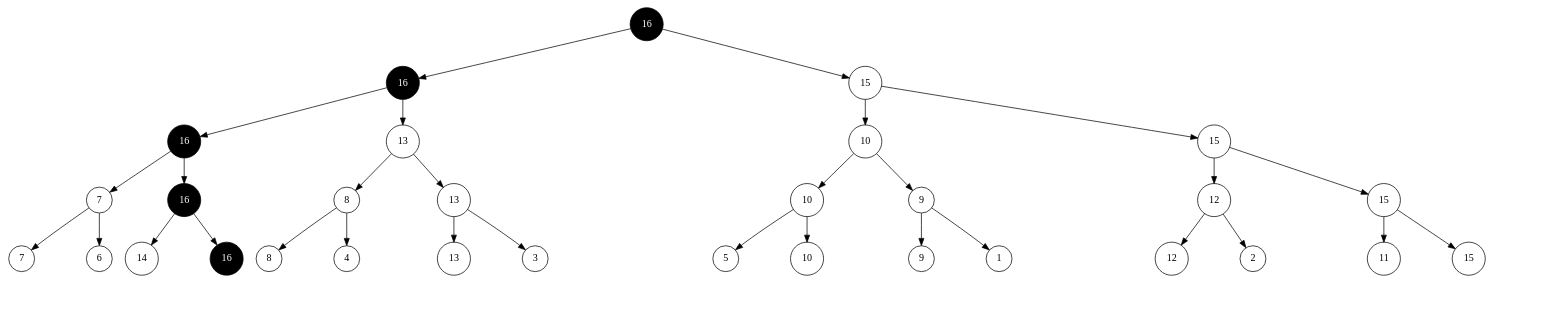
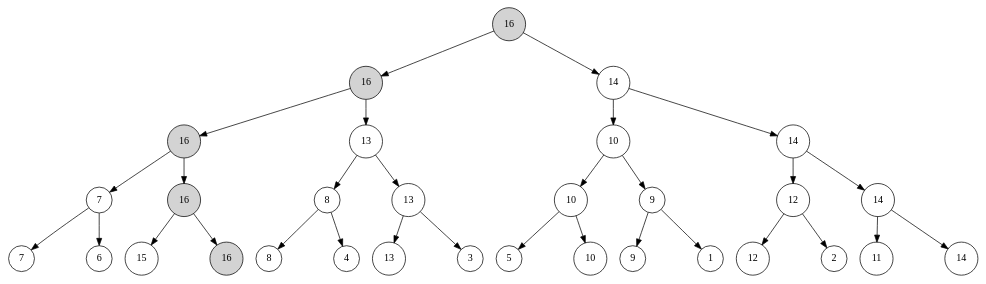
One commit to liuxinyu95/AlgoXY changed the diagram in sorting/select-sort/img/tournament-tree-1.dot. Above: the diagram before and after it, drawn with Graphviz. The commit also changed 4 other files, not shown here.

```diff
--- a/sorting/select-sort/img/tournament-tree-1.dot
+++ b/sorting/select-sort/img/tournament-tree-1.dot
@@ -1,227 +1,109 @@
 digraph G{
 	node[shape=circle]
-	a16_0[label="16", style=filled, fillcolor=black, fontcolor=white];
-	a16_1[label="16", style=filled, fillcolor=black, fontcolor=white];
-	a16_2[label="16", style=filled, fillcolor=black, fontcolor=white];
-	a7_3[label="7", style=filled, fillcolor=white, fontcolor=black];
-	a7_4[label="7", style=filled, fillcolor=white, fontcolor=black];
-        /*
-	nila7_4l[label="", style=invis];
-	nila7_4r[label="", style=invis];
-	nila7_4m[label="", style=invis];
-	a7_4->nila7_4l[style=invis];
-	a7_4->nila7_4m[style=invis];
-	a7_4->nila7_4r[style=invis];
-	{rank=same nila7_4l->nila7_4m->nila7_4r[style=invis]}
-        */
-	a6_4[label="6", style=filled, fillcolor=white, fontcolor=black];
-        /*
-	nila6_4l[label="", style=invis];
-	nila6_4r[label="", style=invis];
-	nila6_4m[label="", style=invis];
-	a6_4->nila6_4l[style=invis];
-	a6_4->nila6_4m[style=invis];
-	a6_4->nila6_4r[style=invis];
-	{rank=same nila6_4l->nila6_4m->nila6_4r[style=invis]}
-        */
-	nila7_3m[label="", style=invis];
-	a7_3->a7_4
-	a7_3->nila7_3m[style=invis];
-	a7_3->a6_4
-	{rank=same a7_4->nila7_3m->a6_4[style=invis]}
-	a16_3[label="16", style=filled, fillcolor=black, fontcolor=white];
-	a14_4[label="14", style=filled, fillcolor=white, fontcolor=black];
-        /*
-	nila14_4l[label="", style=invis];
-	nila14_4r[label="", style=invis];
-	nila14_4m[label="", style=invis];
-	a14_4->nila14_4l[style=invis];
-	a14_4->nila14_4m[style=invis];
-	a14_4->nila14_4r[style=invis];
-	{rank=same nila14_4l->nila14_4m->nila14_4r[style=invis]}*/
-	a16_4[label="16", style=filled, fillcolor=black, fontcolor=white];
-        /*
-	nila16_4l[label="", style=invis];
-	nila16_4r[label="", style=invis];
-	nila16_4m[label="", style=invis];
-	a16_4->nila16_4l[style=invis];
-	a16_4->nila16_4m[style=invis];
-	a16_4->nila16_4r[style=invis];
-	{rank=same nila16_4l->nila16_4m->nila16_4r[style=invis]}*/
-	nila16_3m[label="", style=invis];
-	a16_3->a14_4
-	a16_3->nila16_3m[style=invis];
-	a16_3->a16_4
-	{rank=same a14_4->nila16_3m->a16_4[style=invis]}
-	nila16_2m[label="", style=invis];
-	a16_2->a7_3
-	a16_2->nila16_2m[style=invis];
-	a16_2->a16_3
-	{rank=same a7_3->nila16_2m->a16_3[style=invis]}
-	a13_2[label="13", style=filled, fillcolor=white, fontcolor=black];
-	a8_3[label="8", style=filled, fillcolor=white, fontcolor=black];
-	a8_4[label="8", style=filled, fillcolor=white, fontcolor=black];
-	nila8_4l[label="", style=invis];
-	nila8_4r[label="", style=invis];
-	nila8_4m[label="", style=invis];
-	a8_4->nila8_4l[style=invis];
-	a8_4->nila8_4m[style=invis];
-	a8_4->nila8_4r[style=invis];
-	{rank=same nila8_4l->nila8_4m->nila8_4r[style=invis]}
-	a4_4[label="4", style=filled, fillcolor=white, fontcolor=black];
-	nila4_4l[label="", style=invis];
-	nila4_4r[label="", style=invis];
-	nila4_4m[label="", style=invis];
-	a4_4->nila4_4l[style=invis];
-	a4_4->nila4_4m[style=invis];
-	a4_4->nila4_4r[style=invis];
-	{rank=same nila4_4l->nila4_4m->nila4_4r[style=invis]}
-	nila8_3m[label="", style=invis];
-	a8_3->a8_4
-	a8_3->nila8_3m[style=invis];
-	a8_3->a4_4
-	{rank=same a8_4->nila8_3m->a4_4[style=invis]}
-	a13_3[label="13", style=filled, fillcolor=white, fontcolor=black];
-	a13_4[label="13", style=filled, fillcolor=white, fontcolor=black];
-	nila13_4l[label="", style=invis];
-	nila13_4r[label="", style=invis];
-	nila13_4m[label="", style=invis];
-	a13_4->nila13_4l[style=invis];
-	a13_4->nila13_4m[style=invis];
-	a13_4->nila13_4r[style=invis];
-	{rank=same nila13_4l->nila13_4m->nila13_4r[style=invis]}
-	a3_4[label="3", style=filled, fillcolor=white, fontcolor=black];
-	nila3_4l[label="", style=invis];
-	nila3_4r[label="", style=invis];
-	nila3_4m[label="", style=invis];
-	a3_4->nila3_4l[style=invis];
-	a3_4->nila3_4m[style=invis];
-	a3_4->nila3_4r[style=invis];
-	{rank=same nila3_4l->nila3_4m->nila3_4r[style=invis]}
-	nila13_3m[label="", style=invis];
-	a13_3->a13_4
-	a13_3->nila13_3m[style=invis];
-	a13_3->a3_4
-	{rank=same a13_4->nila13_3m->a3_4[style=invis]}
-	nila13_2m[label="", style=invis];
-	a13_2->a8_3
-	a13_2->nila13_2m[style=invis];
-	a13_2->a13_3
-	{rank=same a8_3->nila13_2m->a13_3[style=invis]}
-	nila16_1m[label="", style=invis];
-	a16_1->a16_2
-	a16_1->nila16_1m[style=invis];
-	a16_1->a13_2
-	{rank=same a16_2->nila16_1m->a13_2[style=invis]}
-	a15_1[label="15", style=filled, fillcolor=white, fontcolor=black];
-	a10_2[label="10", style=filled, fillcolor=white, fontcolor=black];
-	a10_3[label="10", style=filled, fillcolor=white, fontcolor=black];
-	a5_4[label="5", style=filled, fillcolor=white, fontcolor=black];
-	nila5_4l[label="", style=invis];
-	nila5_4r[label="", style=invis];
-	nila5_4m[label="", style=invis];
-	a5_4->nila5_4l[style=invis];
-	a5_4->nila5_4m[style=invis];
-	a5_4->nila5_4r[style=invis];
-	{rank=same nila5_4l->nila5_4m->nila5_4r[style=invis]}
-	a10_4[label="10", style=filled, fillcolor=white, fontcolor=black];
-	nila10_4l[label="", style=invis];
-	nila10_4r[label="", style=invis];
-	nila10_4m[label="", style=invis];
-	a10_4->nila10_4l[style=invis];
-	a10_4->nila10_4m[style=invis];
-	a10_4->nila10_4r[style=invis];
-	{rank=same nila10_4l->nila10_4m->nila10_4r[style=invis]}
-	nila10_3m[label="", style=invis];
-	a10_3->a5_4
-	a10_3->nila10_3m[style=invis];
-	a10_3->a10_4
-	{rank=same a5_4->nila10_3m->a10_4[style=invis]}
-	a9_3[label="9", style=filled, fillcolor=white, fontcolor=black];
-	a9_4[label="9", style=filled, fillcolor=white, fontcolor=black];
-	nila9_4l[label="", style=invis];
-	nila9_4r[label="", style=invis];
-	nila9_4m[label="", style=invis];
-	a9_4->nila9_4l[style=invis];
-	a9_4->nila9_4m[style=invis];
-	a9_4->nila9_4r[style=invis];
-	{rank=same nila9_4l->nila9_4m->nila9_4r[style=invis]}
-	a1_4[label="1", style=filled, fillcolor=white, fontcolor=black];
-	nila1_4l[label="", style=invis];
-	nila1_4r[label="", style=invis];
-	nila1_4m[label="", style=invis];
-	a1_4->nila1_4l[style=invis];
-	a1_4->nila1_4m[style=invis];
-	a1_4->nila1_4r[style=invis];
-	{rank=same nila1_4l->nila1_4m->nila1_4r[style=invis]}
-	nila9_3m[label="", style=invis];
-	a9_3->a9_4
-	a9_3->nila9_3m[style=invis];
-	a9_3->a1_4
-	{rank=same a9_4->nila9_3m->a1_4[style=invis]}
-	nila10_2m[label="", style=invis];
-	a10_2->a10_3
-	a10_2->nila10_2m[style=invis];
-	a10_2->a9_3
-	{rank=same a10_3->nila10_2m->a9_3[style=invis]}
-	a15_2[label="15", style=filled, fillcolor=white, fontcolor=black];
-	a12_3[label="12", style=filled, fillcolor=white, fontcolor=black];
-	a12_4[label="12", style=filled, fillcolor=white, fontcolor=black];
-	nila12_4l[label="", style=invis];
-	nila12_4r[label="", style=invis];
-	nila12_4m[label="", style=invis];
-	a12_4->nila12_4l[style=invis];
-	a12_4->nila12_4m[style=invis];
-	a12_4->nila12_4r[style=invis];
-	{rank=same nila12_4l->nila12_4m->nila12_4r[style=invis]}
-	a2_4[label="2", style=filled, fillcolor=white, fontcolor=black];
-	nila2_4l[label="", style=invis];
-	nila2_4r[label="", style=invis];
-	nila2_4m[label="", style=invis];
-	a2_4->nila2_4l[style=invis];
-	a2_4->nila2_4m[style=invis];
-	a2_4->nila2_4r[style=invis];
-	{rank=same nila2_4l->nila2_4m->nila2_4r[style=invis]}
-	nila12_3m[label="", style=invis];
-	a12_3->a12_4
-	a12_3->nila12_3m[style=invis];
-	a12_3->a2_4
-	{rank=same a12_4->nila12_3m->a2_4[style=invis]}
-	a15_3[label="15", style=filled, fillcolor=white, fontcolor=black];
-	a11_4[label="11", style=filled, fillcolor=white, fontcolor=black];
-	nila11_4l[label="", style=invis];
-	nila11_4r[label="", style=invis];
-	nila11_4m[label="", style=invis];
-	a11_4->nila11_4l[style=invis];
-	a11_4->nila11_4m[style=invis];
-	a11_4->nila11_4r[style=invis];
-	{rank=same nila11_4l->nila11_4m->nila11_4r[style=invis]}
-	a15_4[label="15", style=filled, fillcolor=white, fontcolor=black];
-	nila15_4l[label="", style=invis];
-	nila15_4r[label="", style=invis];
-	nila15_4m[label="", style=invis];
-	a15_4->nila15_4l[style=invis];
-	a15_4->nila15_4m[style=invis];
-	a15_4->nila15_4r[style=invis];
-	{rank=same nila15_4l->nila15_4m->nila15_4r[style=invis]}
-	nila15_3m[label="", style=invis];
-	a15_3->a11_4
-	a15_3->nila15_3m[style=invis];
-	a15_3->a15_4
-	{rank=same a11_4->nila15_3m->a15_4[style=invis]}
-	nila15_2m[label="", style=invis];
-	a15_2->a12_3
-	a15_2->nila15_2m[style=invis];
-	a15_2->a15_3
-	{rank=same a12_3->nila15_2m->a15_3[style=invis]}
-	nila15_1m[label="", style=invis];
-	a15_1->a10_2
-	a15_1->nila15_1m[style=invis];
-	a15_1->a15_2
-	{rank=same a10_2->nila15_1m->a15_2[style=invis]}
-	nila16_0m[label="", style=invis];
-	a16_0->a16_1
-	a16_0->nila16_0m[style=invis];
-	a16_0->a15_1
-	{rank=same a16_1->nila16_0m->a15_1[style=invis]}
+	a16[label="16", style=filled, fillcolor=lightgray, fontcolor=black];
+	al16[label="16", style=filled, fillcolor=lightgray, fontcolor=black];
+	all16[label="16", style=filled, fillcolor=lightgray, fontcolor=black];
+	alll7[label="7", style=filled, fillcolor=white, fontcolor=black];
+	allll7[label="7", style=filled, fillcolor=white, fontcolor=black];
+	alllr6[label="6", style=filled, fillcolor=white, fontcolor=black];
+	nilalllm7[label="", style=invis];
+	alll7->allll7
+	alll7->nilalllm7[style=invis];
+	alll7->alllr6
+	{rank=same allll7->nilalllm7->alllr6[style=invis]}
+	allr16[label="16", style=filled, fillcolor=lightgray, fontcolor=black];
+	allrl15[label="15", style=filled, fillcolor=white, fontcolor=black];
+	allrr16[label="16", style=filled, fillcolor=lightgray, fontcolor=black];
+	nilallrm16[label="", style=invis];
+	allr16->allrl15
+	allr16->nilallrm16[style=invis];
+	allr16->allrr16
+	{rank=same allrl15->nilallrm16->allrr16[style=invis]}
+	nilallm16[label="", style=invis];
+	all16->alll7
+	all16->nilallm16[style=invis];
+	all16->allr16
+	{rank=same alll7->nilallm16->allr16[style=invis]}
+	alr13[label="13", style=filled, fillcolor=white, fontcolor=black];
+	alrl8[label="8", style=filled, fillcolor=white, fontcolor=black];
+	alrll8[label="8", style=filled, fillcolor=white, fontcolor=black];
+	alrlr4[label="4", style=filled, fillcolor=white, fontcolor=black];
+	nilalrlm8[label="", style=invis];
+	alrl8->alrll8
+	alrl8->nilalrlm8[style=invis];
+	alrl8->alrlr4
+	{rank=same alrll8->nilalrlm8->alrlr4[style=invis]}
+	alrr13[label="13", style=filled, fillcolor=white, fontcolor=black];
+	alrrl13[label="13", style=filled, fillcolor=white, fontcolor=black];
+	alrrr3[label="3", style=filled, fillcolor=white, fontcolor=black];
+	nilalrrm13[label="", style=invis];
+	alrr13->alrrl13
+	alrr13->nilalrrm13[style=invis];
+	alrr13->alrrr3
+	{rank=same alrrl13->nilalrrm13->alrrr3[style=invis]}
+	nilalrm13[label="", style=invis];
+	alr13->alrl8
+	alr13->nilalrm13[style=invis];
+	alr13->alrr13
+	{rank=same alrl8->nilalrm13->alrr13[style=invis]}
+	nilalm16[label="", style=invis];
+	al16->all16
+	al16->nilalm16[style=invis];
+	al16->alr13
+	{rank=same all16->nilalm16->alr13[style=invis]}
+	ar14[label="14", style=filled, fillcolor=white, fontcolor=black];
+	arl10[label="10", style=filled, fillcolor=white, fontcolor=black];
+	arll10[label="10", style=filled, fillcolor=white, fontcolor=black];
+	arlll5[label="5", style=filled, fillcolor=white, fontcolor=black];
+	arllr10[label="10", style=filled, fillcolor=white, fontcolor=black];
+	nilarllm10[label="", style=invis];
+	arll10->arlll5
+	arll10->nilarllm10[style=invis];
+	arll10->arllr10
+	{rank=same arlll5->nilarllm10->arllr10[style=invis]}
+	arlr9[label="9", style=filled, fillcolor=white, fontcolor=black];
+	arlrl9[label="9", style=filled, fillcolor=white, fontcolor=black];
+	arlrr1[label="1", style=filled, fillcolor=white, fontcolor=black];
+	nilarlrm9[label="", style=invis];
+	arlr9->arlrl9
+	arlr9->nilarlrm9[style=invis];
+	arlr9->arlrr1
+	{rank=same arlrl9->nilarlrm9->arlrr1[style=invis]}
+	nilarlm10[label="", style=invis];
+	arl10->arll10
+	arl10->nilarlm10[style=invis];
+	arl10->arlr9
+	{rank=same arll10->nilarlm10->arlr9[style=invis]}
+	arr14[label="14", style=filled, fillcolor=white, fontcolor=black];
+	arrl12[label="12", style=filled, fillcolor=white, fontcolor=black];
+	arrll12[label="12", style=filled, fillcolor=white, fontcolor=black];
+	arrlr2[label="2", style=filled, fillcolor=white, fontcolor=black];
+	nilarrlm12[label="", style=invis];
+	arrl12->arrll12
+	arrl12->nilarrlm12[style=invis];
+	arrl12->arrlr2
+	{rank=same arrll12->nilarrlm12->arrlr2[style=invis]}
+	arrr14[label="14", style=filled, fillcolor=white, fontcolor=black];
+	arrrl11[label="11", style=filled, fillcolor=white, fontcolor=black];
+	arrrr14[label="14", style=filled, fillcolor=white, fontcolor=black];
+	nilarrrm14[label="", style=invis];
+	arrr14->arrrl11
+	arrr14->nilarrrm14[style=invis];
+	arrr14->arrrr14
+	{rank=same arrrl11->nilarrrm14->arrrr14[style=invis]}
+	nilarrm14[label="", style=invis];
+	arr14->arrl12
+	arr14->nilarrm14[style=invis];
+	arr14->arrr14
+	{rank=same arrl12->nilarrm14->arrr14[style=invis]}
+	nilarm14[label="", style=invis];
+	ar14->arl10
+	ar14->nilarm14[style=invis];
+	ar14->arr14
+	{rank=same arl10->nilarm14->arr14[style=invis]}
+	nilam16[label="", style=invis];
+	a16->al16
+	a16->nilam16[style=invis];
+	a16->ar14
+	{rank=same al16->nilam16->ar14[style=invis]}
 }
```
